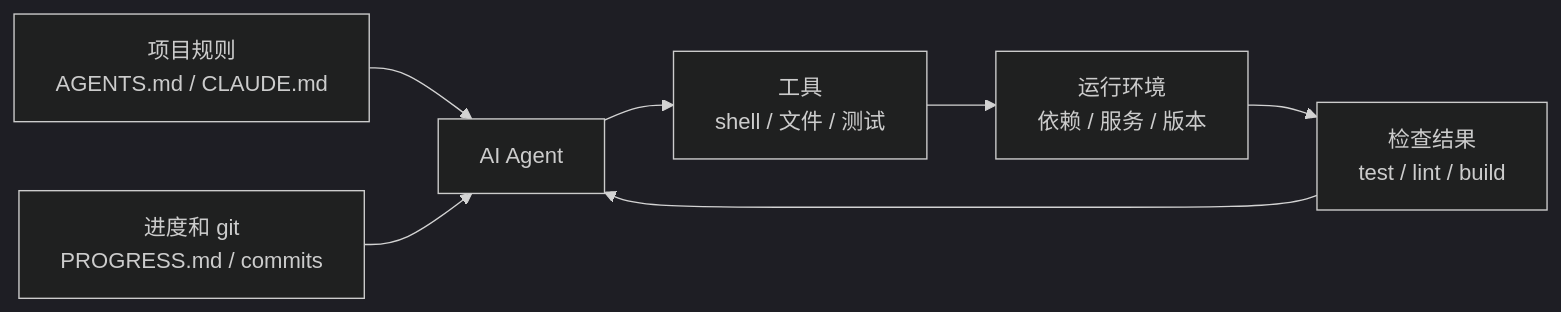
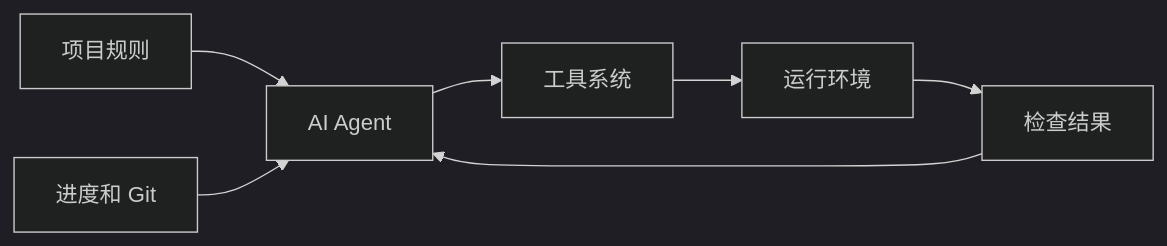
The first of 16 diagrams in _posts/ai/2026-04-15-Agent-Harness-Enineering.md (peterlau123/peterlau123.github.io), drawn with Mermaid (dark theme) before and after one commit. The commit also changed 1 other file, not shown here.

Commit message:
fix: fix rendering of first post

````diff
--- a/_posts/ai/2026-04-15-Agent-Harness-Enineering.md
+++ b/_posts/ai/2026-04-15-Agent-Harness-Enineering.md
@@ -58,9 +58,9 @@
 ```mermaid
 flowchart LR
-    Rules["项目规则<br/>AGENTS.md / CLAUDE.md"] --> Agent["AI Agent"]
-    State["进度和 git<br/>PROGRESS.md / commits"] --> Agent
-    Agent --> Tools["工具<br/>shell / 文件 / 测试"]
-    Tools --> Env["运行环境<br/>依赖 / 服务 / 版本"]
-    Env --> Checks["检查结果<br/>test / lint / build"]
+    Rules["项目规则"] --> Agent["AI Agent"]
+    State["进度和 Git"] --> Agent
+    Agent --> Tools["工具系统"]
+    Tools --> Env["运行环境"]
+    Env --> Checks["检查结果"]
     Checks --> Agent
 ```
````
